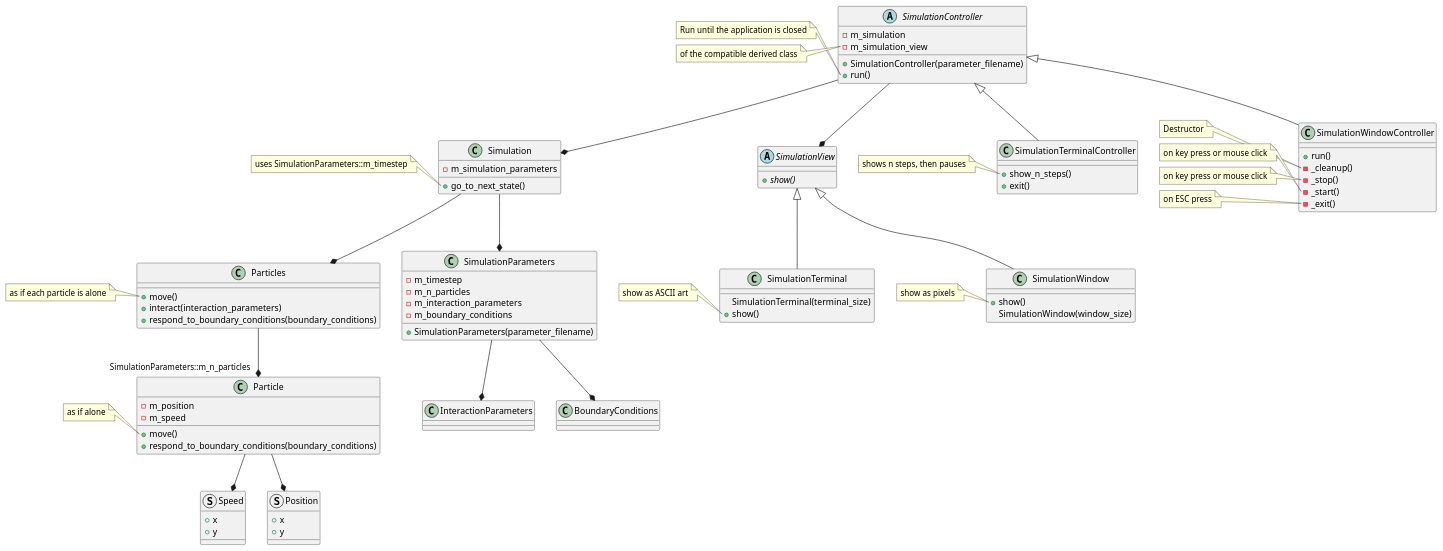
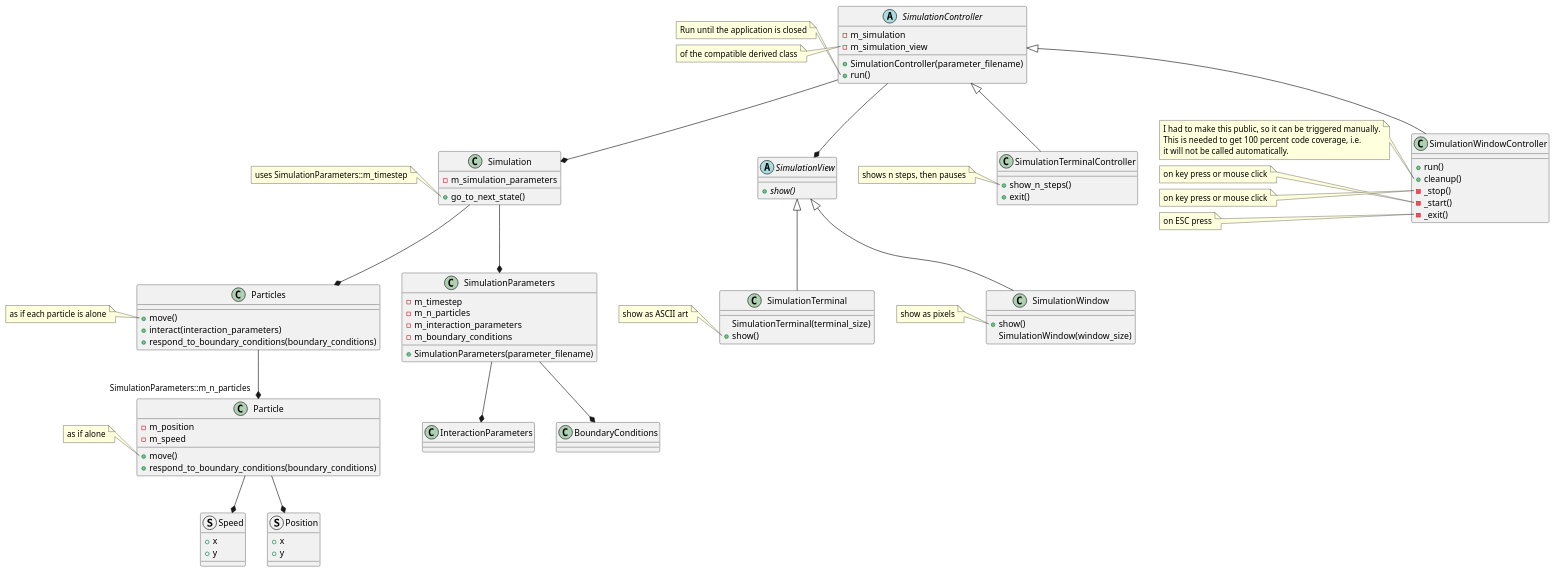
One commit to programming-formalisms/programming_formalisms_example_project changed the diagram in design/class_diagram_richel.puml. Above: the diagram before and after it, drawn with PlantUML.

Commit message:
Update class diagram

```diff
--- a/design/class_diagram_richel.puml
+++ b/design/class_diagram_richel.puml
@@ -1,164 +1,166 @@
 @startuml
 
 class Simulation
 
 abstract class SimulationView
 class SimulationTerminal
 class SimulationWindow
 
 abstract class SimulationController
 class SimulationTerminalController
 class SimulationWindowController
 
 class SimulationParameters
 class Particles
 class Particle
 struct Speed
 struct Position
 
 SimulationController --* Simulation
 SimulationController --* SimulationView
 
 Simulation --* SimulationParameters
 SimulationParameters --* InteractionParameters
 SimulationParameters --* BoundaryConditions
 
 Simulation --* Particles
 Particles --* "SimulationParameters::m_n_particles" Particle
 
 Particle --* Speed
 Particle --* Position
 
 
 SimulationView <|-- SimulationTerminal
 SimulationView <|-- SimulationWindow
 
 SimulationController <|-- SimulationTerminalController
 SimulationController <|-- SimulationWindowController
 
 class SimulationParameters {
   + SimulationParameters(parameter_filename)
   - m_timestep
   - m_n_particles
   - m_interaction_parameters
   - m_boundary_conditions
 }
 
 class Simulation {
   + go_to_next_state()
   - m_simulation_parameters
 }
 
 note left of Simulation::go_to_next_state
   uses SimulationParameters::m_timestep
 end note
 
 
 class Particles {
   + move()
   + interact(interaction_parameters)
   + respond_to_boundary_conditions(boundary_conditions)
 }
 
 note left of Particles::move
   as if each particle is alone
 end note
 
 class Particle {
   + move()
   + respond_to_boundary_conditions(boundary_conditions)
 
   - m_position
   - m_speed
 }
 
 note left of Particle::move
   as if alone
 end note
 
 struct Speed {
   + x
   + y
 }
 
 struct Position {
   + x
   + y
 }
 
 
 abstract class SimulationView {
   + {abstract} show()
 }
 
 class SimulationTerminal {
   SimulationTerminal(terminal_size)
   + show()
 }
 note left of SimulationTerminal::show
   show as ASCII art
 end note
 
 class SimulationWindow {
   + show()
   SimulationWindow(window_size)
 }
 
 note left of SimulationWindow::show
   show as pixels
 end note
 
 
 abstract class SimulationController {
   + SimulationController(parameter_filename)
   + run()
   - m_simulation
   - m_simulation_view
 }
 
 note left of SimulationController::run
   Run until the application is closed
 end note
 
 note left of SimulationController::m_simulation_view
   of the compatible derived class
 end note
 
 
 class SimulationTerminalController {
   + show_n_steps()
   + exit()
 }
 
 note left of SimulationTerminalController::show_n_steps
   shows n steps, then pauses
 end note
 
 
 class SimulationWindowController {
   + run()
-  - _cleanup()
+  + cleanup()
   - _stop()
   - _start()
   - _exit()
 }
 
 note left of SimulationWindowController::cleanup
-  Destructor
+  I had to make this public, so it can be triggered manually.
+  This is needed to get 100 percent code coverage, i.e.
+  it will not be called automatically.
 end note
 
 note left of SimulationWindowController::start
   on key press or mouse click
 end note
 
 note left of SimulationWindowController::stop
   on key press or mouse click
 end note
 
 note left of SimulationWindowController::exit
   on ESC press
 end note
 
 
 
 @enduml
```
